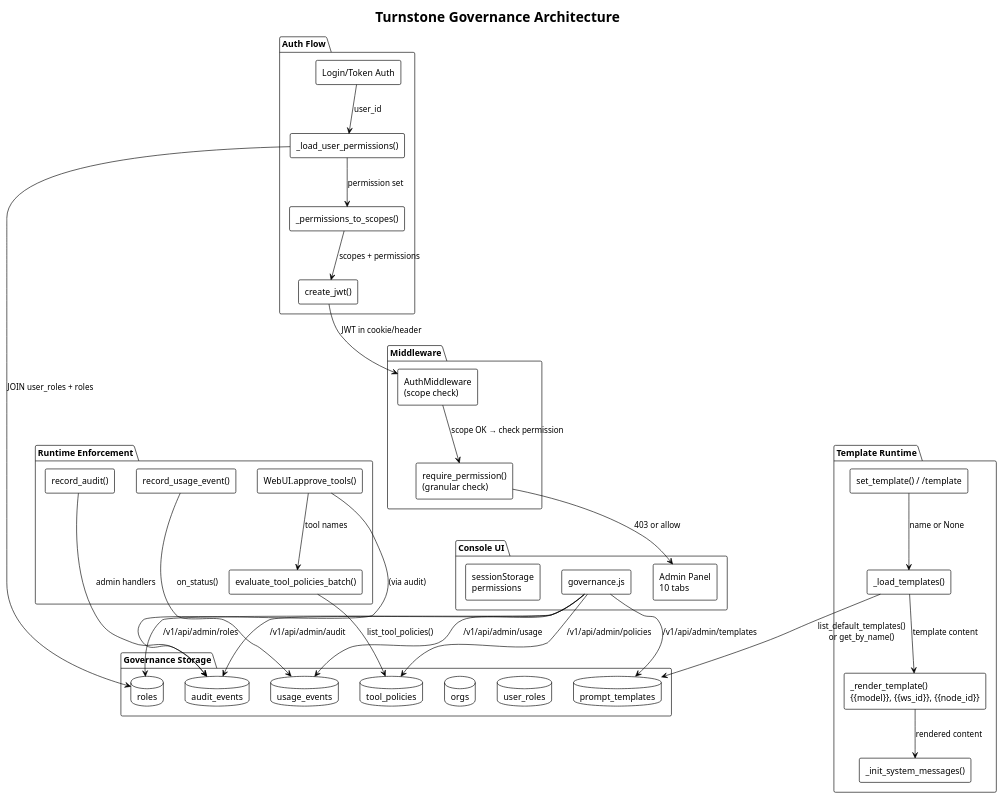
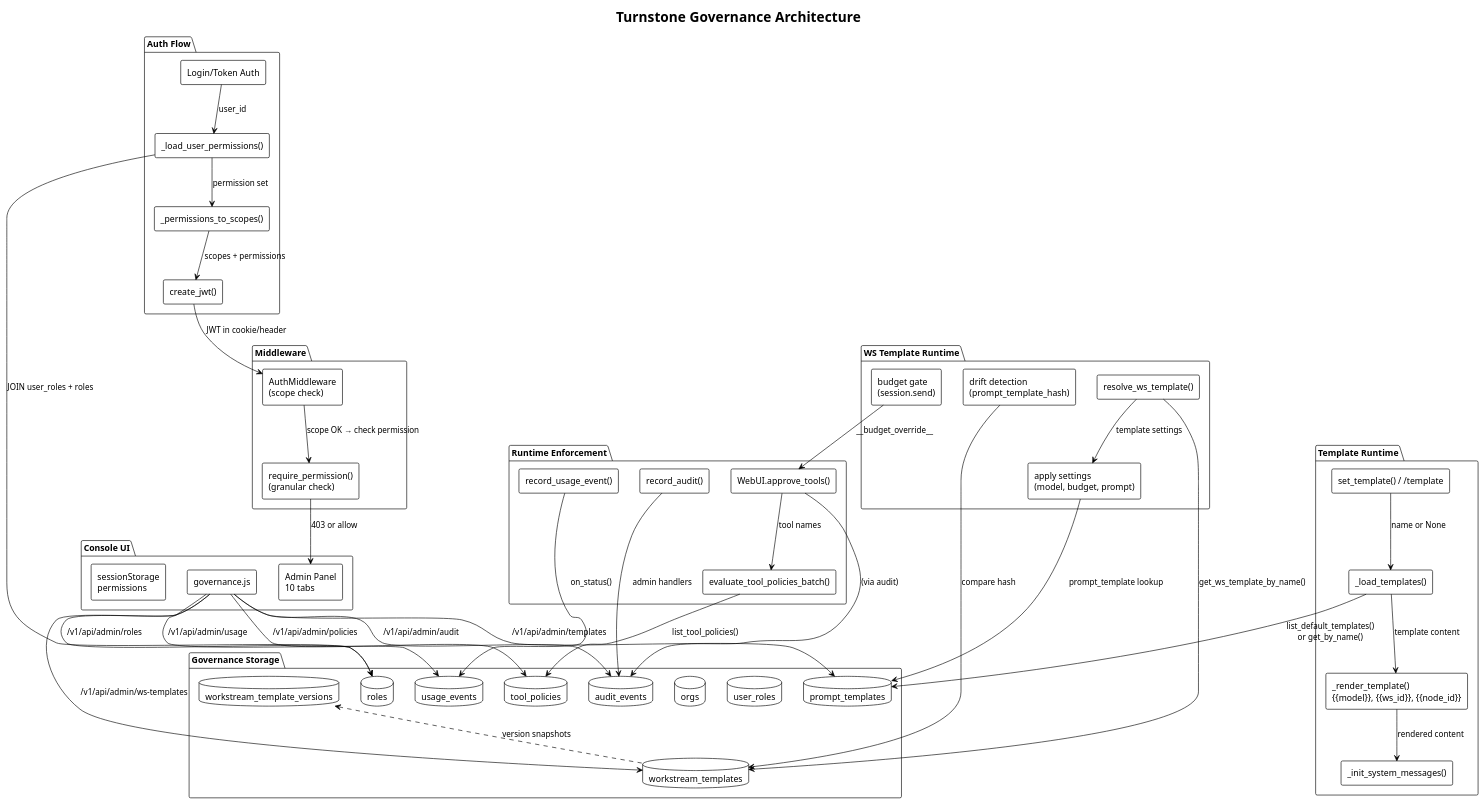
One commit to turnstonelabs/turnstone changed the diagram in docs/diagrams/19-governance-architecture.puml. Above: the diagram before and after it, drawn with PlantUML. The commit also changed 42 other files, not shown here.

```diff
--- a/docs/diagrams/19-governance-architecture.puml
+++ b/docs/diagrams/19-governance-architecture.puml
@@ -1,81 +1,98 @@
 @startuml
 !theme plain
 skinparam backgroundColor #FFFFFF
 skinparam defaultFontName "IBM Plex Mono"
 skinparam componentStyle rectangle
 
 title Turnstone Governance Architecture
 
 package "Auth Flow" {
   [Login/Token Auth] as auth
   [_load_user_permissions()] as perms
   [_permissions_to_scopes()] as scopes
   [create_jwt()] as jwt
 }
 
 package "Middleware" {
   [AuthMiddleware\n(scope check)] as mw
   [require_permission()\n(granular check)] as rp
 }
 
 package "Governance Storage" {
   database "roles" as roles_db
   database "user_roles" as ur_db
   database "orgs" as orgs_db
   database "tool_policies" as tp_db
   database "prompt_templates" as pt_db
   database "usage_events" as ue_db
   database "audit_events" as ae_db
+  database "workstream_templates" as wt_db
+  database "workstream_template_versions" as wtv_db
 }
 
 package "Runtime Enforcement" {
   [evaluate_tool_policies_batch()] as eval
   [WebUI.approve_tools()] as approve
   [record_usage_event()] as usage
   [record_audit()] as audit
 }
 
 package "Template Runtime" {
   [_load_templates()] as tload
   [_render_template()\n{{model}}, {{ws_id}}, {{node_id}}] as trender
   [_init_system_messages()] as tsys
   [set_template() / /template] as tset
+}
+
+package "WS Template Runtime" {
+  [resolve_ws_template()] as wtr
+  [apply settings\n(model, budget, prompt)] as wta
+  [drift detection\n(prompt_template_hash)] as wtd
+  [budget gate\n(session.send)] as wtb
 }
 
 package "Console UI" {
   [Admin Panel\n10 tabs] as ui
   [governance.js] as govjs
   [sessionStorage\npermissions] as ss
 }
 
 auth --> perms : user_id
 perms --> roles_db : JOIN user_roles + roles
 perms --> scopes : permission set
 scopes --> jwt : scopes + permissions
 
 jwt --> mw : JWT in cookie/header
 mw --> rp : scope OK → check permission
 
 rp --> ui : 403 or allow
 
 eval --> tp_db : list_tool_policies()
 approve --> eval : tool names
 approve --> ae_db : (via audit)
 
 usage --> ue_db : on_status()
 audit --> ae_db : admin handlers
 
 govjs --> roles_db : /v1/api/admin/roles
 govjs --> tp_db : /v1/api/admin/policies
 govjs --> pt_db : /v1/api/admin/templates
 govjs --> ue_db : /v1/api/admin/usage
 govjs --> ae_db : /v1/api/admin/audit
 
 tload --> pt_db : list_default_templates()\nor get_by_name()
 tload --> trender : template content
 trender --> tsys : rendered content
 tset --> tload : name or None
 
+govjs --> wt_db : /v1/api/admin/ws-templates
+wtr --> wt_db : get_ws_template_by_name()
+wtr --> wta : template settings
+wta --> pt_db : prompt_template lookup
+wtd --> wt_db : compare hash
+wtb --> approve : __budget_override__
+wtv_db <.. wt_db : version snapshots
+
 auth -[hidden]-> mw
 mw -[hidden]-> approve
 @enduml
```
